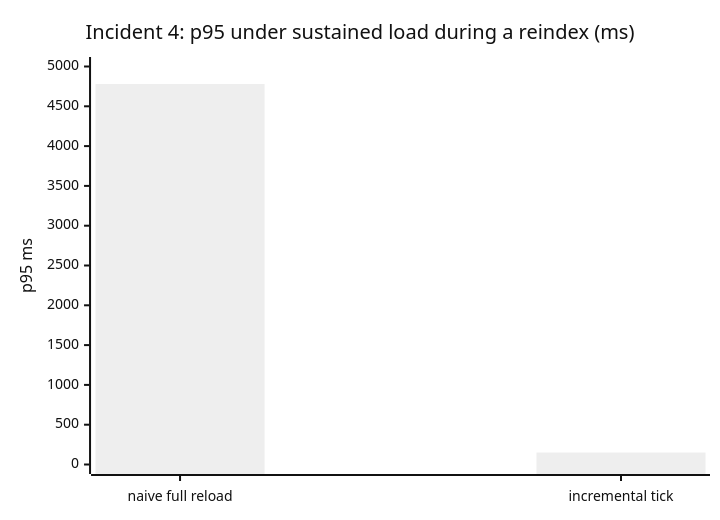
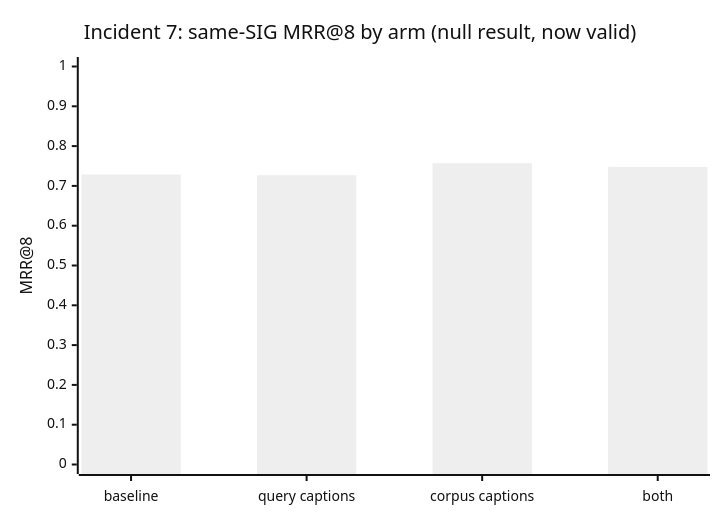
The eighth of 8 diagrams in README.md (kartikeyamandhar/prod_rag), drawn with Mermaid (neutral theme) before and after one commit. The commit also changed other lines of this file, not shown here.

````diff
--- a/README.md
+++ b/README.md
@@ -208,7 +217,7 @@
 ```mermaid
 xychart-beta
-    title "Incident 4: p95 under sustained load during a reindex (ms)"
-    x-axis ["naive full reload", "incremental tick"]
-    y-axis "p95 ms" 0 --> 5000
-    bar [4780, 150]
+    title "Incident 7: same-SIG MRR@8 by arm (null result, now valid)"
+    x-axis ["baseline", "query captions", "corpus captions", "both"]
+    y-axis "MRR@8" 0 --> 1
+    bar [0.7284, 0.7269, 0.7571, 0.7477]
 ```
````
